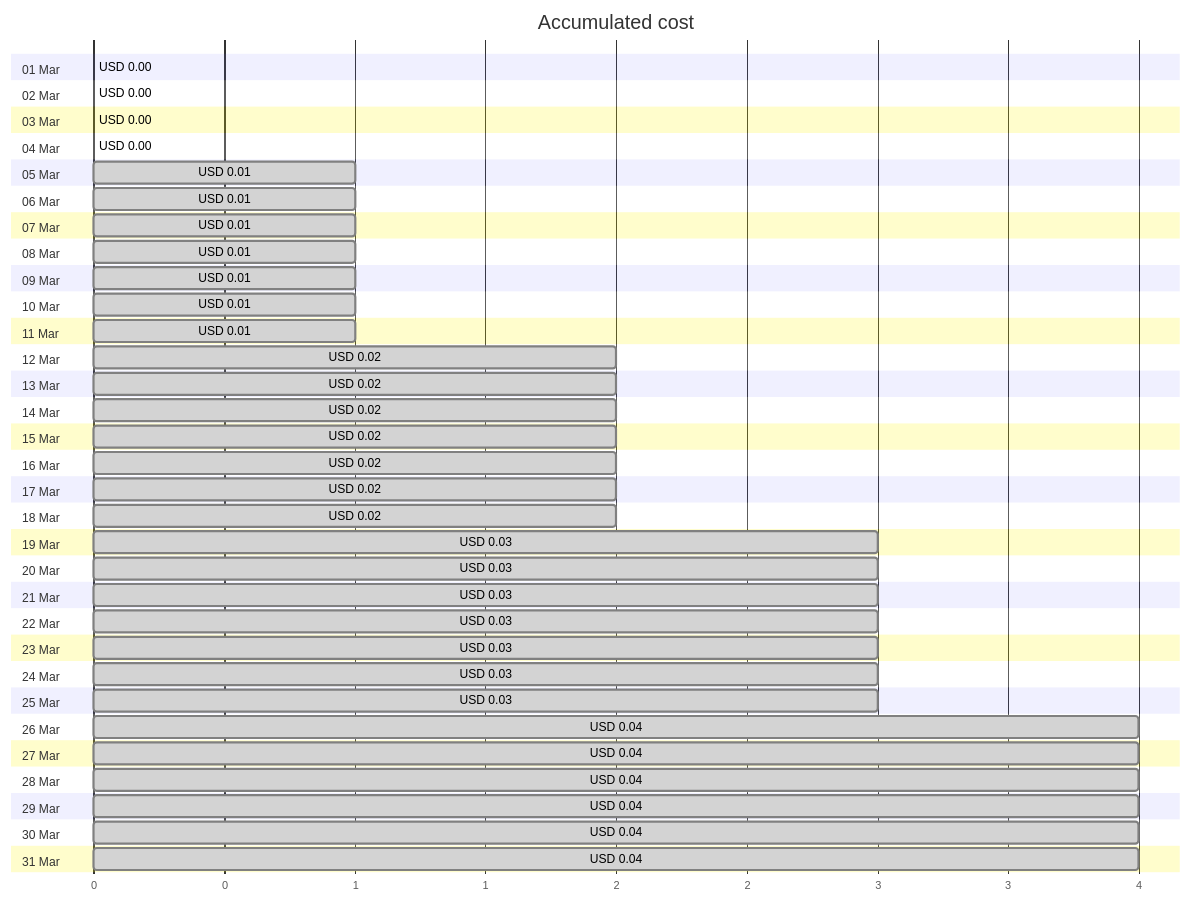
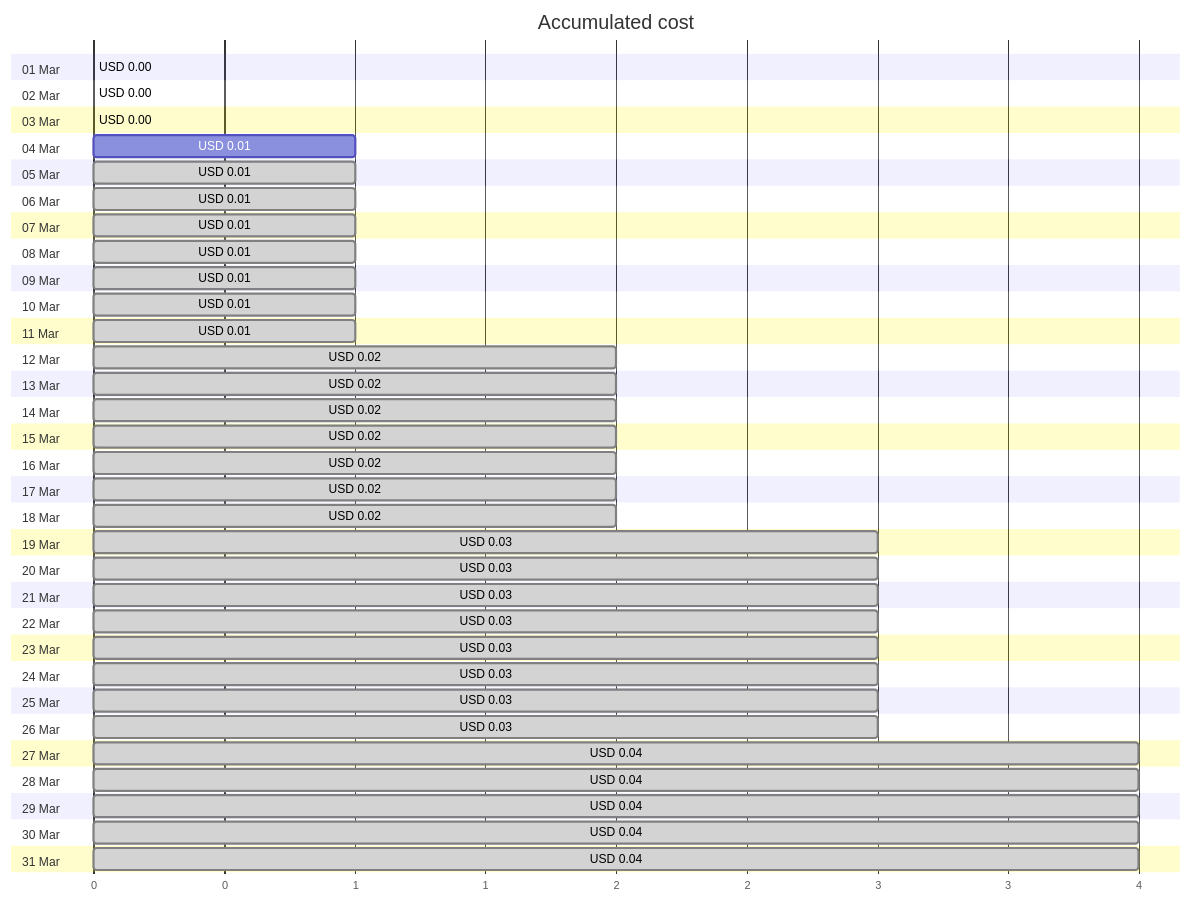
The first of 4 diagrams in cost-reports/personal-site/personalsiteapistorage.md (jpfulton/azure-personal-reports), drawn with Mermaid before and after one commit. The commit also changed other lines of this file and 6 other files, not shown here.

````diff
--- a/cost-reports/personal-site/personalsiteapistorage.md
+++ b/cost-reports/personal-site/personalsiteapistorage.md
@@ -20,68 +20,68 @@
 ```mermaid
 gantt
    title Accumulated cost
    dateFormat  X
    axisFormat %s
    section 01 Mar
    USD 0.00 :0, 0
    section 02 Mar
    USD 0.00 :0, 0
    section 03 Mar
    USD 0.00 :0, 0
    section 04 Mar
-   USD 0.00 : done, 0, 0
+   USD 0.01 :0, 1
    section 05 Mar
    USD 0.01 : done, 0, 1
    section 06 Mar
    USD 0.01 : done, 0, 1
    section 07 Mar
    USD 0.01 : done, 0, 1
    section 08 Mar
    USD 0.01 : done, 0, 1
    section 09 Mar
    USD 0.01 : done, 0, 1
    section 10 Mar
    USD 0.01 : done, 0, 1
    section 11 Mar
    USD 0.01 : done, 0, 1
    section 12 Mar
    USD 0.02 : done, 0, 2
    section 13 Mar
    USD 0.02 : done, 0, 2
    section 14 Mar
    USD 0.02 : done, 0, 2
    section 15 Mar
    USD 0.02 : done, 0, 2
    section 16 Mar
    USD 0.02 : done, 0, 2
    section 17 Mar
    USD 0.02 : done, 0, 2
    section 18 Mar
    USD 0.02 : done, 0, 2
    section 19 Mar
    USD 0.03 : done, 0, 3
    section 20 Mar
    USD 0.03 : done, 0, 3
    section 21 Mar
    USD 0.03 : done, 0, 3
    section 22 Mar
    USD 0.03 : done, 0, 3
    section 23 Mar
    USD 0.03 : done, 0, 3
    section 24 Mar
    USD 0.03 : done, 0, 3
    section 25 Mar
    USD 0.03 : done, 0, 3
    section 26 Mar
-   USD 0.04 : done, 0, 4
+   USD 0.03 : done, 0, 3
    section 27 Mar
    USD 0.04 : done, 0, 4
    section 28 Mar
    USD 0.04 : done, 0, 4
    section 29 Mar
    USD 0.04 : done, 0, 4
    section 30 Mar
    USD 0.04 : done, 0, 4
    section 31 Mar
    USD 0.04 : done, 0, 4
 ```
````
